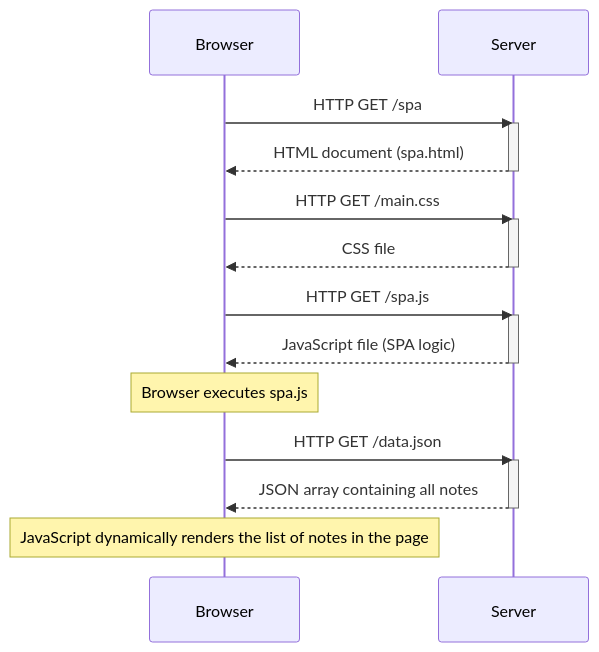
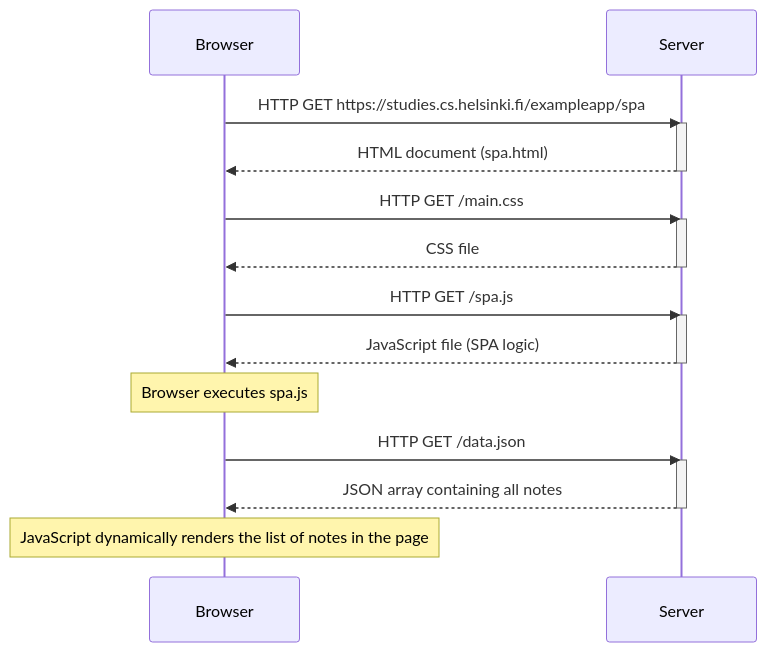
The diagram in excercises/part0/ex0.5.md (mdsahilak/FullStackOpen-Course), drawn with Mermaid before and after one commit.

Commit message:
finish ex0.5

````diff
--- a/excercises/part0/ex0.5.md
+++ b/excercises/part0/ex0.5.md
@@ -1,29 +1,29 @@
 ```mermaid
 sequenceDiagram
     participant Browser
     participant Server
 
-    Browser->>Server: HTTP GET /spa
+    Browser->>Server: HTTP GET https://studies.cs.helsinki.fi/exampleapp/spa
     activate Server
     Server-->>Browser: HTML document (spa.html)
     deactivate Server
 
     Browser->>Server: HTTP GET /main.css
     activate Server
     Server-->>Browser: CSS file
     deactivate Server
 
     Browser->>Server: HTTP GET /spa.js
     activate Server
     Server-->>Browser: JavaScript file (SPA logic)
     deactivate Server
 
     Note over Browser: Browser executes spa.js
 
     Browser->>Server: HTTP GET /data.json
     activate Server
     Server-->>Browser: JSON array containing all notes
     deactivate Server
 
     Note over Browser: JavaScript dynamically renders the list of notes in the page
 ```
````
